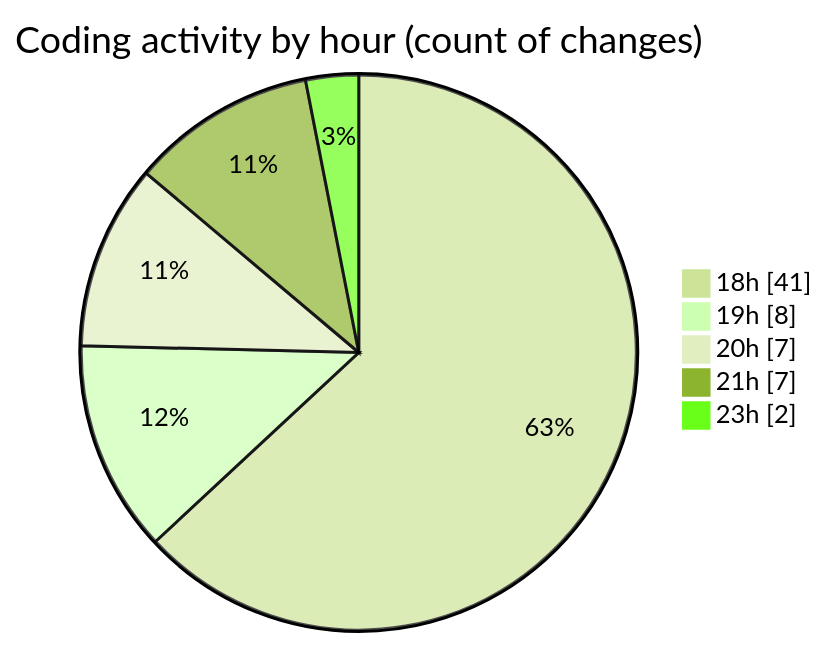
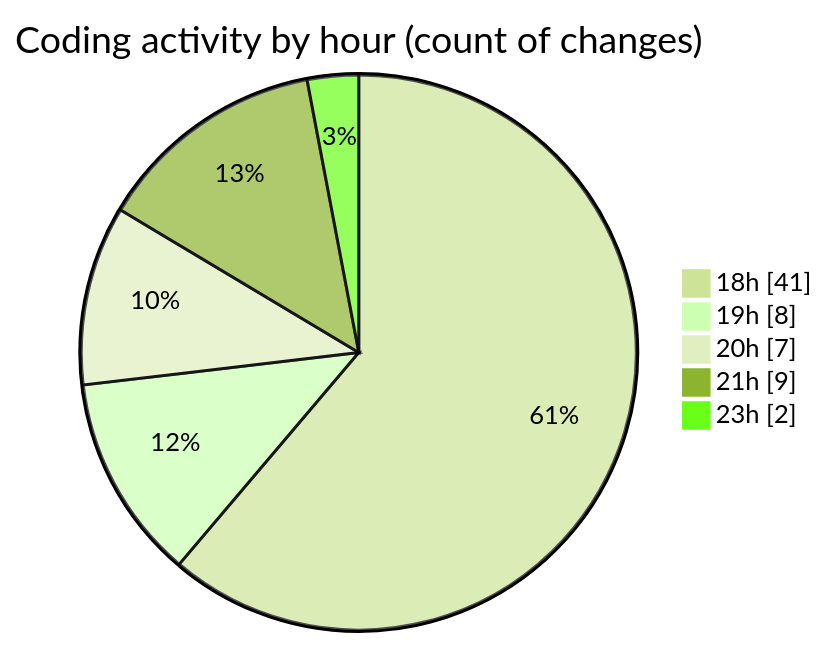
Before and after one commit to Ritupan-Deka/code-tracking: the second of 2 diagrams in 2025-11-01/backend/README.md, drawn with Mermaid (forest theme). The commit also changed other lines of this file and 1 other file, not shown here.

````diff
--- a/2025-11-01/backend/README.md
+++ b/2025-11-01/backend/README.md
@@ -46,9 +46,9 @@
 ```mermaid
 pie showData
 title Coding activity by hour (count of changes)
 "18h" : 41
 "19h" : 8
 "20h" : 7
-"21h" : 7
+"21h" : 9
 "23h" : 2
 ```
````
